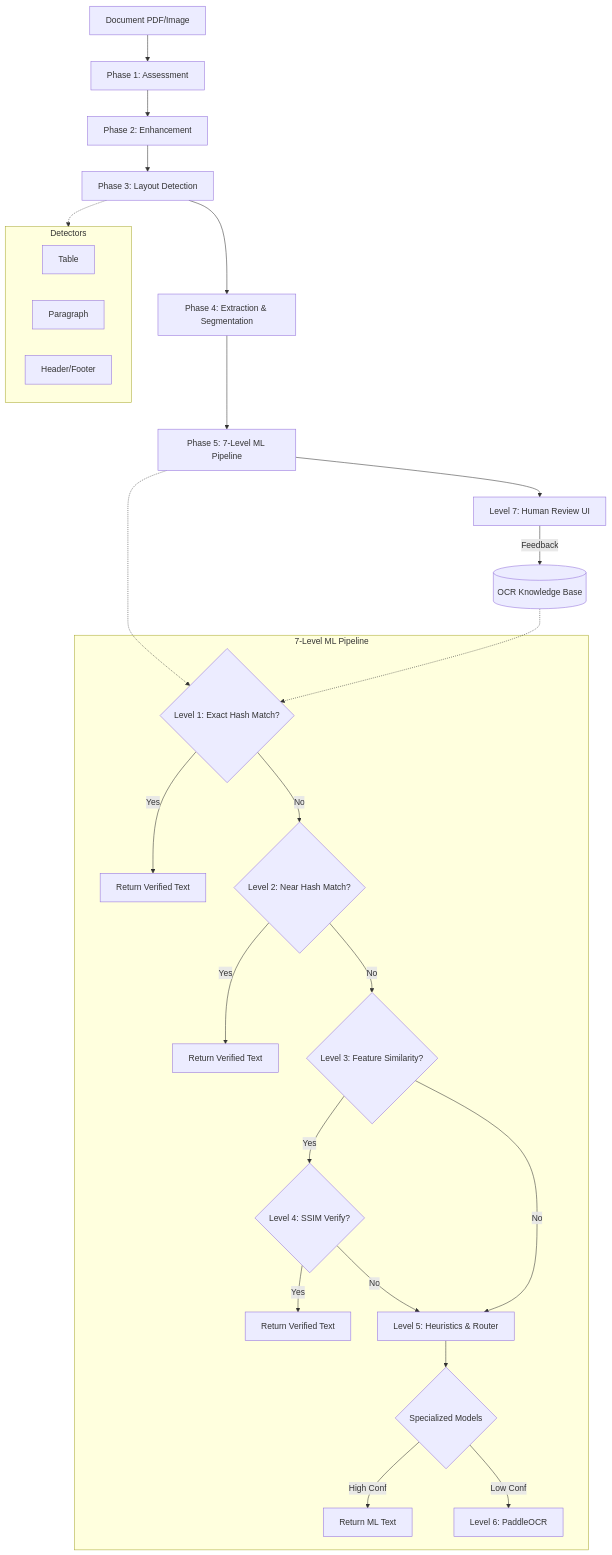
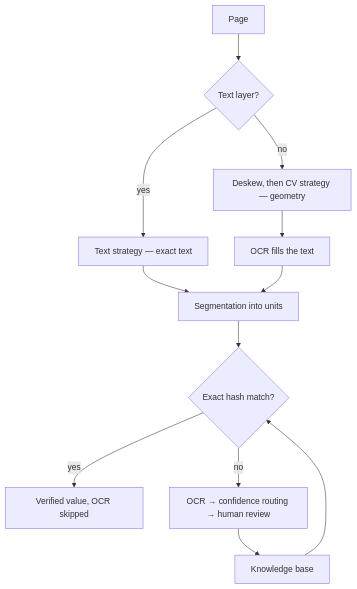
The diagram in README.md (gurudevkumar51/piply-opdf), drawn with Mermaid before and after one commit. The commit also changed other lines of this file and 177 other files, not shown here.

First line of the commit message:
Knowledge base learning, layout knowledge store, and docs consolidation

````diff
--- a/README.md
+++ b/README.md
@@ -72,36 +81,14 @@
 ```mermaid
 flowchart TD
-    A[Document PDF/Image] --> B[Phase 1: Assessment]
-    B --> C[Phase 2: Enhancement]
-    C --> D[Phase 3: Layout Detection]
-    
-    subgraph Detectors
-        D1[Table]
-        D2[Paragraph]
-        D3[Header/Footer]
-    end
-    D -.-> Detectors
-    
-    D --> E[Phase 4: Extraction & Segmentation]
-    E --> F[Phase 5: 7-Level ML Pipeline]
-    
-    subgraph 7-Level ML Pipeline
-        F1{Level 1: Exact Hash Match?}
-        F1 -- Yes --> F2[Return Verified Text]
-        F1 -- No --> F3{Level 2: Near Hash Match?}
-        F3 -- Yes --> F4[Return Verified Text]
-        F3 -- No --> F5{Level 3: Feature Similarity?}
-        F5 -- Yes --> F6{Level 4: SSIM Verify?}
-        F6 -- Yes --> F7[Return Verified Text]
-        F6 -- No --> F8[Level 5: Heuristics & Router]
-        F5 -- No --> F8
-        F8 --> F9{Specialized Models}
-        F9 -- High Conf --> F10[Return ML Text]
-        F9 -- Low Conf --> F11[Level 6: PaddleOCR]
-    end
-    F -.-> F1
-    
-    F --> G[Level 7: Human Review UI]
-    G -- Feedback --> H[(OCR Knowledge Base)]
-    H -.-> F1
+    A[Page] --> B{Text layer?}
+    B -- yes --> C[Text strategy — exact text]
+    B -- no --> D[Deskew, then CV strategy — geometry]
+    D --> E[OCR fills the text]
+    C --> F[Segmentation into units]
+    E --> F
+    F --> G{Exact hash match?}
+    G -- yes --> H[Verified value, OCR skipped]
+    G -- no --> I[OCR → confidence routing → human review]
+    I --> J[Knowledge base]
+    J --> G
 ```
````
